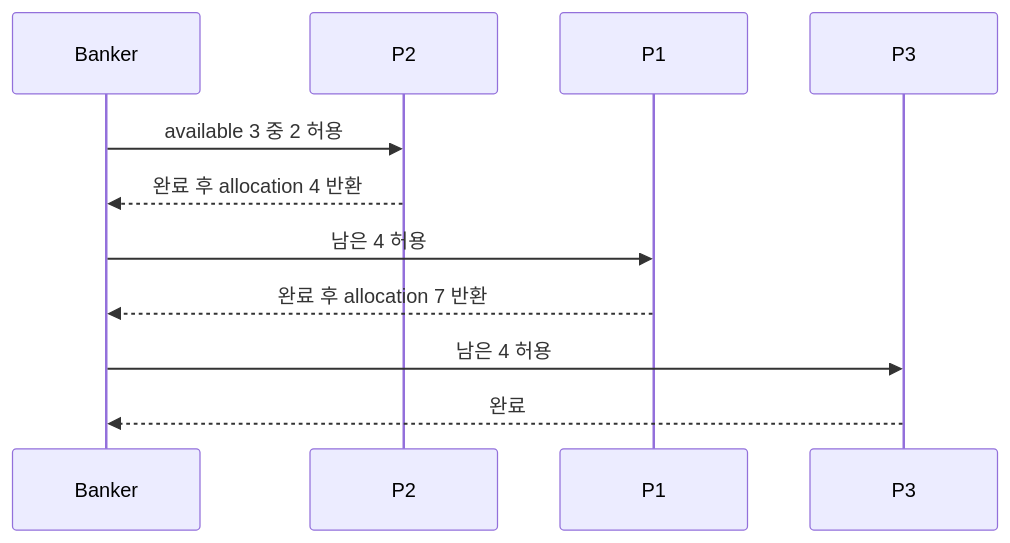
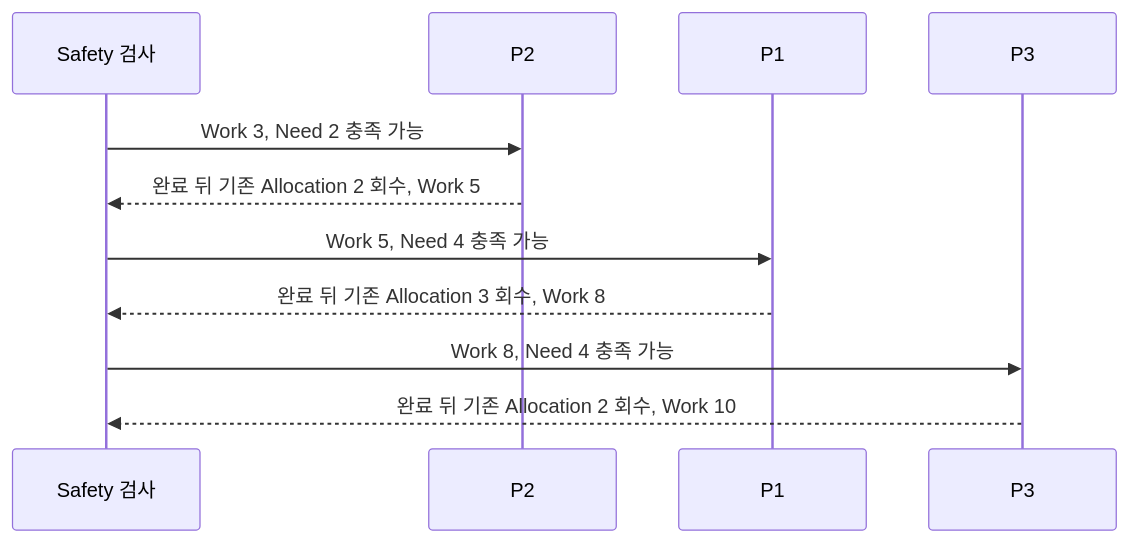
One commit to mj006648/netai-devsecops-runbook changed the third of 3 diagrams in learning/operating-systems/04-deadlocks.md. Above: the diagram before and after it, drawn with Mermaid. The commit also changed other lines of this file and 165 other files, not shown here.

````diff
--- a/learning/operating-systems/04-deadlocks.md
+++ b/learning/operating-systems/04-deadlocks.md
@@ -84,13 +215,13 @@
 ```mermaid
 sequenceDiagram
-    participant B as Banker
+    participant B as Safety 검사
     participant P2
     participant P1
     participant P3
-    B->>P2: available 3 중 2 허용
-    P2-->>B: 완료 후 allocation 4 반환
-    B->>P1: 남은 4 허용
-    P1-->>B: 완료 후 allocation 7 반환
-    B->>P3: 남은 4 허용
-    P3-->>B: 완료
+    B->>P2: Work 3, Need 2 충족 가능
+    P2-->>B: 완료 뒤 기존 Allocation 2 회수, Work 5
+    B->>P1: Work 5, Need 4 충족 가능
+    P1-->>B: 완료 뒤 기존 Allocation 3 회수, Work 8
+    B->>P3: Work 8, Need 4 충족 가능
+    P3-->>B: 완료 뒤 기존 Allocation 2 회수, Work 10
 ```
````
